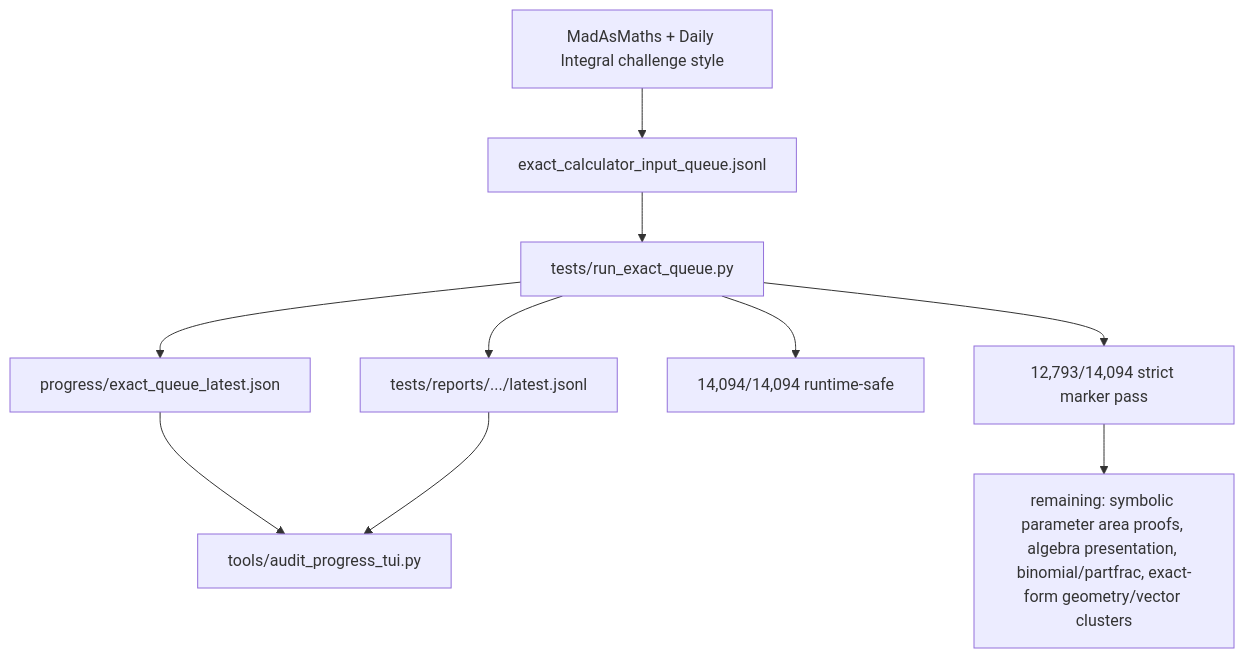
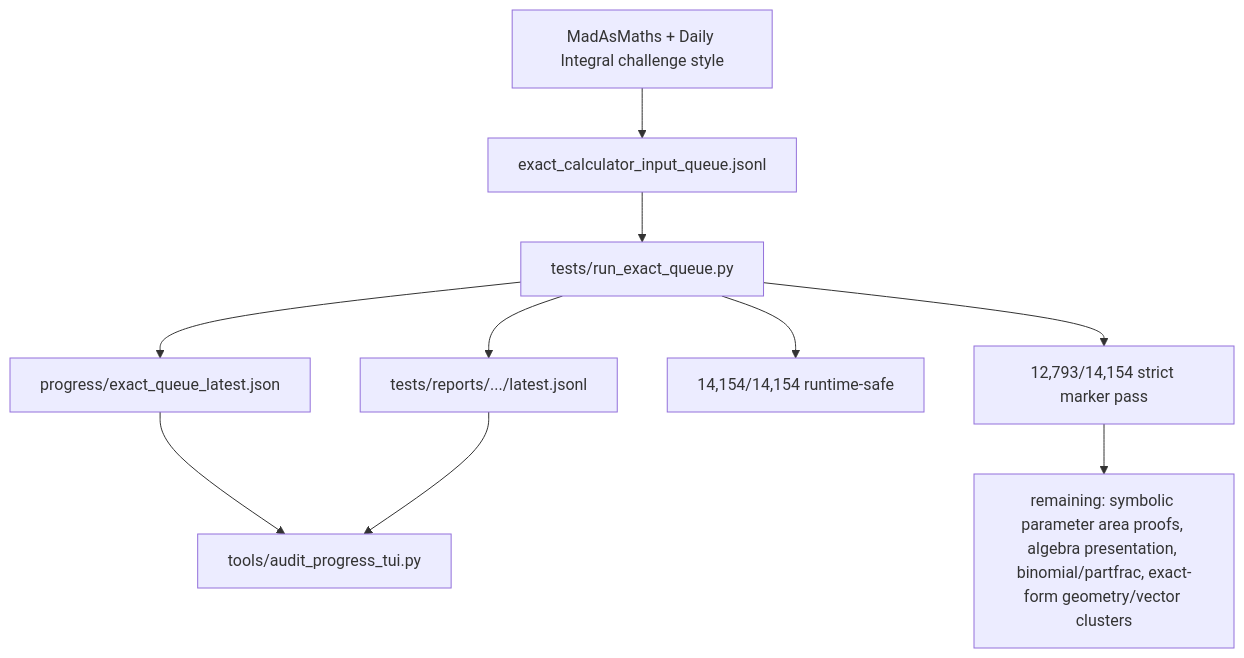
The fifth of 6 diagrams in docs/GRAPH.md (james8464/notes-addin-casio-fx-cg50), drawn with Mermaid before and after one commit. The commit also changed other lines of this file and 3 other files, not shown here.

````diff
--- a/docs/GRAPH.md
+++ b/docs/GRAPH.md
@@ -58,12 +58,12 @@
 ```mermaid
 graph TD
   Online["MadAsMaths + Daily Integral challenge style"] --> Queue["exact_calculator_input_queue.jsonl"]
   Queue --> Runner["tests/run_exact_queue.py"]
   Runner --> Live["progress/exact_queue_latest.json"]
   Runner --> Report["tests/reports/.../latest.jsonl"]
   Live --> TUI["tools/audit_progress_tui.py"]
   Report --> TUI
-  Runner --> Runtime["14,094/14,094 runtime-safe"]
-  Runner --> Strict["12,793/14,094 strict marker pass"]
+  Runner --> Runtime["14,154/14,154 runtime-safe"]
+  Runner --> Strict["12,793/14,154 strict marker pass"]
   Strict --> Remaining["remaining: symbolic parameter area proofs, algebra presentation, binomial/partfrac, exact-form geometry/vector clusters"]
 ```
````
